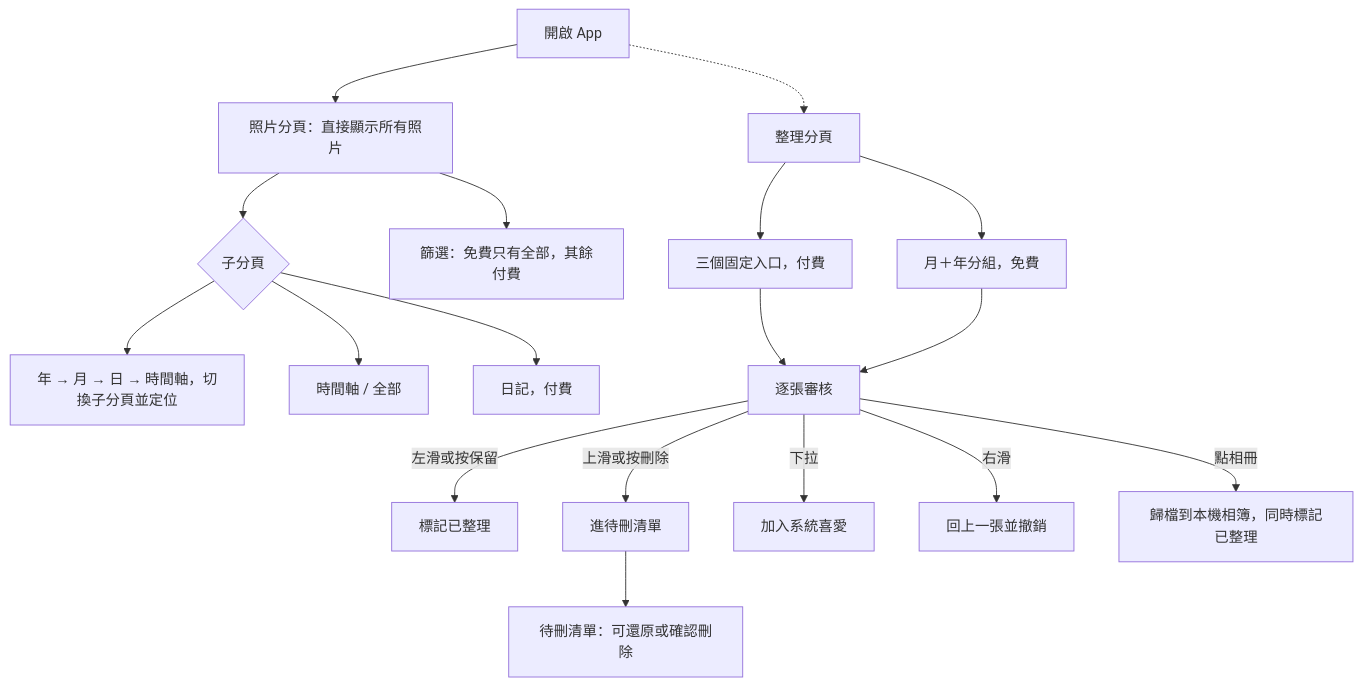
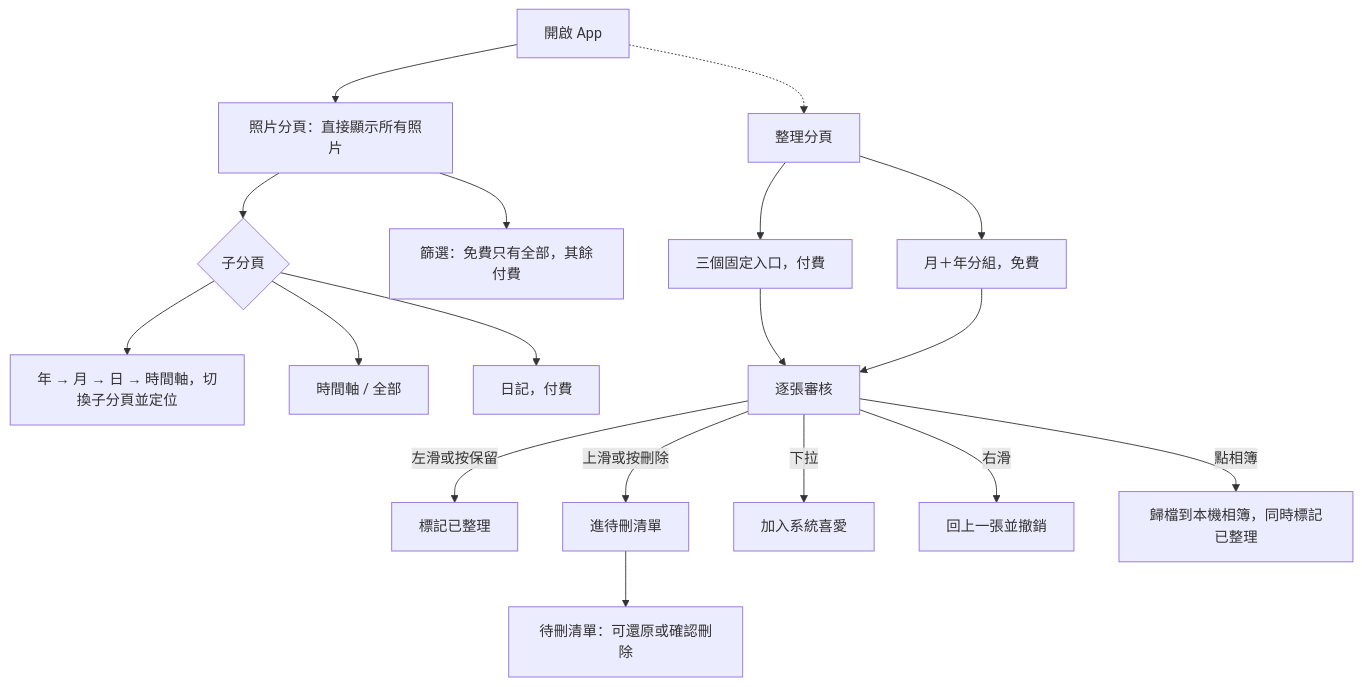
The first of 2 diagrams in docs/product/PicDeck 產品企劃.md (Quniwork/2026-PicDeck), drawn with Mermaid before and after one commit. The commit also changed other lines of this file and 62 other files, not shown here.

````diff
--- a/docs/product/PicDeck 產品企劃.md
+++ b/docs/product/PicDeck 產品企劃.md
@@ -28,21 +28,21 @@
 ```mermaid
 flowchart TD
   A[開啟 App] --> P[照片分頁：直接顯示所有照片]
   P --> S{子分頁}
   S --> S1[年 → 月 → 日 → 時間軸，切換子分頁並定位]
   S --> S2[時間軸 / 全部]
   S --> S3[日記，付費]
   P --> F[篩選：免費只有全部，其餘付費]
 
   A -.-> O[整理分頁]
   O --> O1[三個固定入口，付費]
   O --> O2[月＋年分組，免費]
   O1 --> R[逐張審核]
   O2 --> R
   R -- 左滑或按保留 --> K[標記已整理]
   R -- 上滑或按刪除 --> D[進待刪清單]
   R -- 下拉 --> V[加入系統喜愛]
   R -- 右滑 --> U[回上一張並撤銷]
-  R -- 點相冊 --> C[歸檔到本機相簿，同時標記已整理]
+  R -- 點相簿 --> C[歸檔到本機相簿，同時標記已整理]
   D --> T[待刪清單：可還原或確認刪除]
 ```
````
